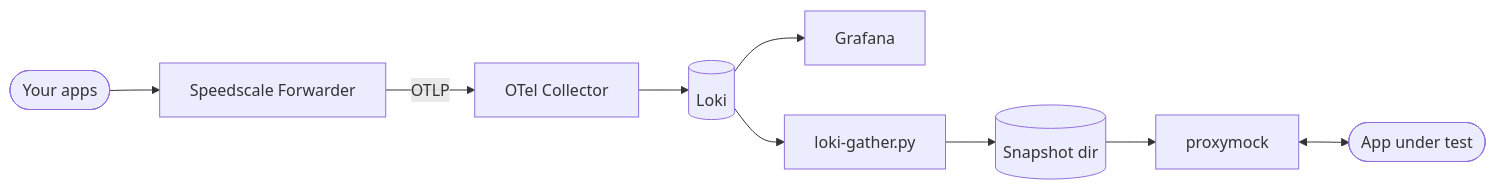
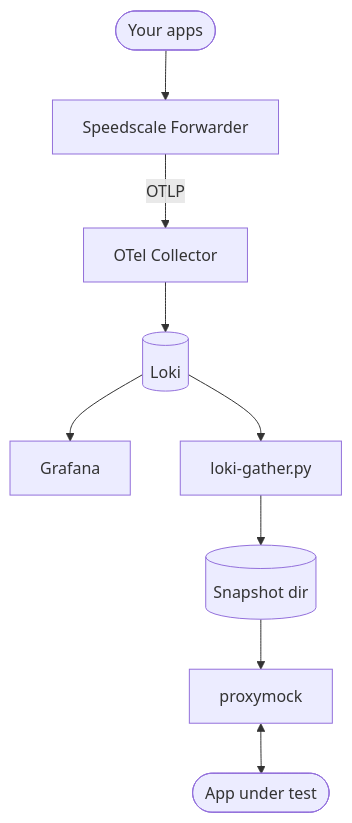
One commit to speedscale/demo changed the diagram in reference-architectures/grafana/README.md. Above: the diagram before and after it, drawn with Mermaid.

Commit message:
docs(grafana): switch diagram to TB to use vertical space
LR version was 8 boxes wide × 2 tall — wasted the vertical real
estate on a widescreen monitor and read as one long pipeline. TB
breaks naturally at Loki into capture (in) and replay (out) branches,
which matches the architecture's actual shape: single ingest path,
Y-fork at storage, two consumers.

````diff
--- a/reference-architectures/grafana/README.md
+++ b/reference-architectures/grafana/README.md
@@ -7,11 +7,11 @@
 ```mermaid
-flowchart LR
+flowchart TB
     apps([Your apps]) --> fwd[Speedscale Forwarder]
     fwd -- OTLP --> col[OTel Collector]
     col --> loki[(Loki)]
     loki --> grafana[Grafana]
     loki --> gather[loki-gather.py]
     gather --> snap[(Snapshot dir)]
     snap --> pm[proxymock]
     pm <--> test([App under test])
 ```
````
